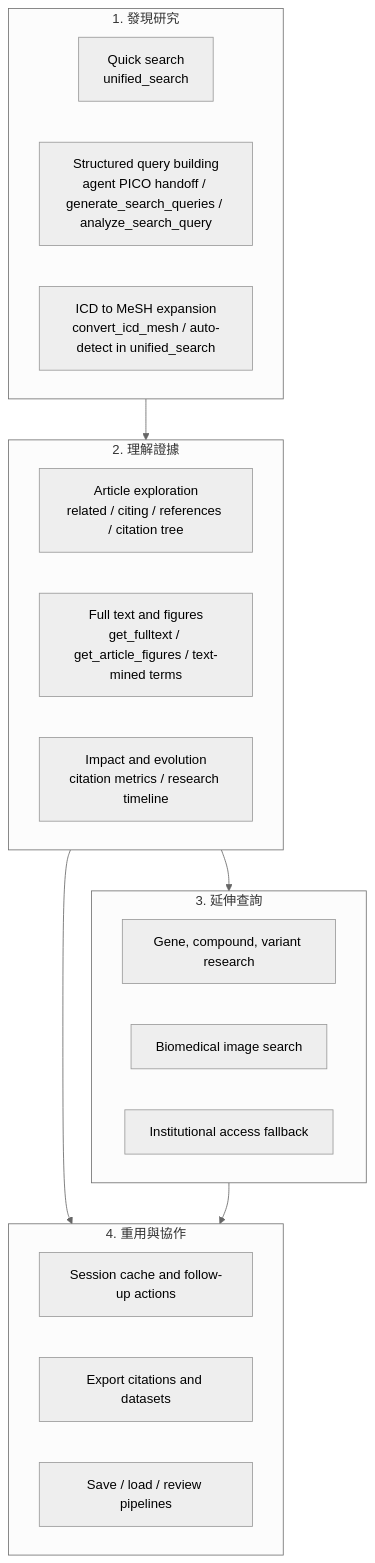
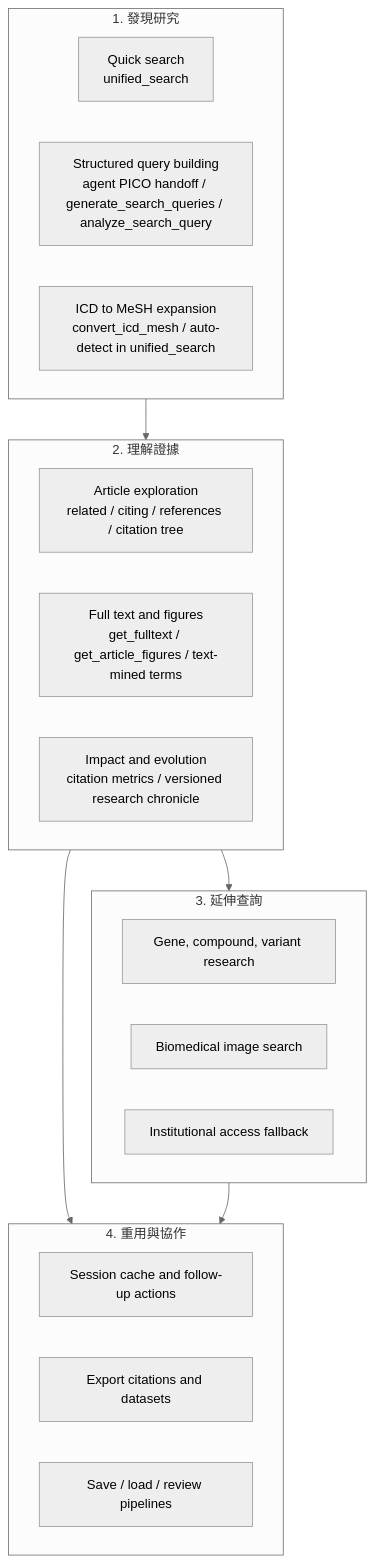
The second of 12 diagrams in ARCHITECTURE.md (u9401066/pubmed-search-mcp), drawn with Mermaid (neutral theme) before and after one commit. The commit also changed other lines of this file and 14 other files, not shown here.

````diff
--- a/ARCHITECTURE.md
+++ b/ARCHITECTURE.md
@@ -57,31 +57,31 @@
 ```mermaid
 flowchart TB
   subgraph Discover[1. 發現研究]
     D1[Quick search<br/>unified_search]
     D2[Structured query building<br/>agent PICO handoff / generate_search_queries / analyze_search_query]
     D3[ICD to MeSH expansion<br/>convert_icd_mesh / auto-detect in unified_search]
   end
 
   subgraph Understand[2. 理解證據]
     U1[Article exploration<br/>related / citing / references / citation tree]
     U2[Full text and figures<br/>get_fulltext / get_article_figures / text-mined terms]
-    U3[Impact and evolution<br/>citation metrics / research timeline]
+    U3[Impact and evolution<br/>citation metrics / versioned research chronicle]
   end
 
   subgraph Specialize[3. 延伸查詢]
     S1[Gene, compound, variant research]
     S2[Biomedical image search]
     S3[Institutional access fallback]
   end
 
   subgraph Reuse[4. 重用與協作]
     R1[Session cache and follow-up actions]
     R2[Export citations and datasets]
     R3[Save / load / review pipelines]
   end
 
   Discover --> Understand
   Understand --> Specialize
   Understand --> Reuse
   Specialize --> Reuse
 ```
````
